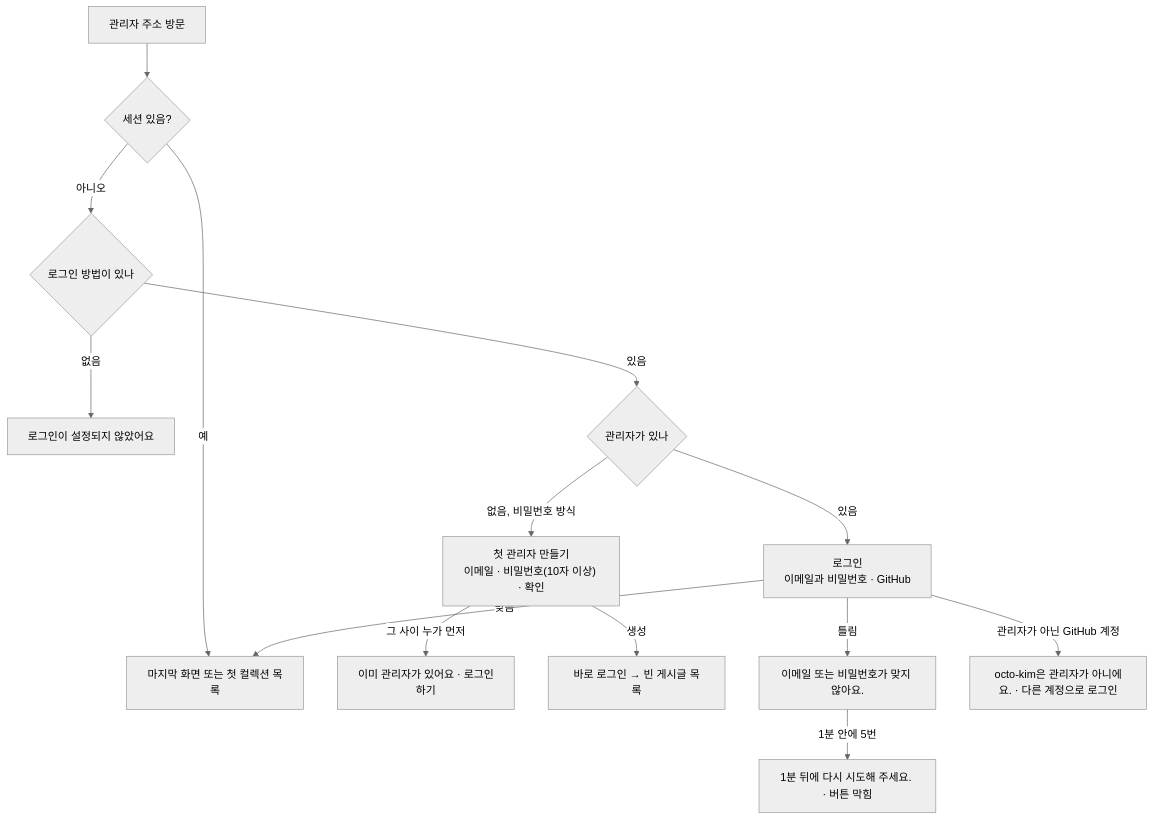
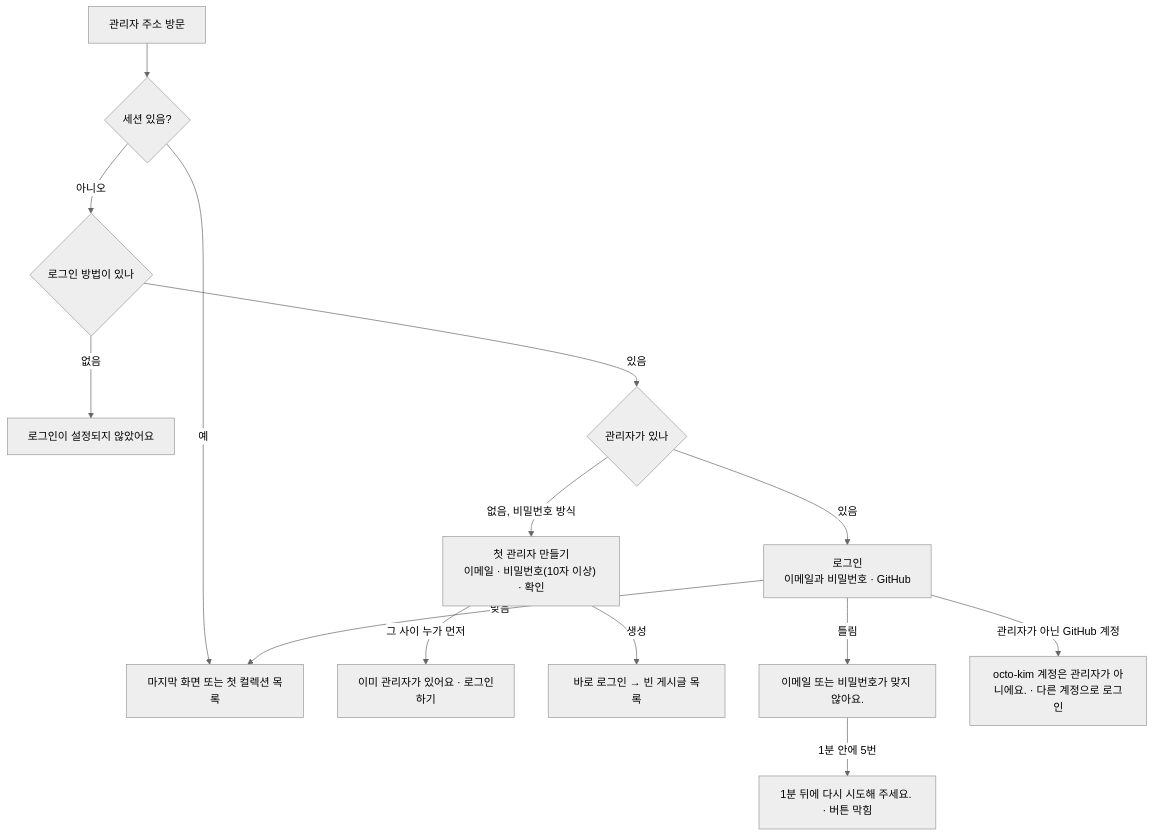
Before and after one commit to monti-cms/monti: the first of 2 diagrams in docs/design/features/15-login-and-frame.md, drawn with Mermaid (neutral theme). The commit also changed other lines of this file and 30 other files, not shown here.

````diff
--- a/docs/design/features/15-login-and-frame.md
+++ b/docs/design/features/15-login-and-frame.md
@@ -24,16 +24,16 @@
 ```mermaid
 flowchart TD
   V["관리자 주소 방문"] --> S{"세션 있음?"}
   S -->|예| IN["마지막 화면 또는 첫 컬렉션 목록"]
   S -->|아니오| M{"로그인 방법이 있나"}
   M -->|없음| NONE["로그인이 설정되지 않았어요"]
   M -->|있음| A{"관리자가 있나"}
   A -->|없음, 비밀번호 방식| FIRST["첫 관리자 만들기<br/>이메일 · 비밀번호(10자 이상) · 확인"]
   FIRST -->|그 사이 누가 먼저| CLOSED["이미 관리자가 있어요 · 로그인하기"]
   FIRST -->|생성| EMPTY["바로 로그인 → 빈 게시글 목록"]
   A -->|있음| L["로그인<br/>이메일과 비밀번호 · GitHub"]
   L -->|틀림| WRONG["이메일 또는 비밀번호가 맞지 않아요."]
   WRONG -->|1분 안에 5번| LOCK["1분 뒤에 다시 시도해 주세요. · 버튼 막힘"]
-  L -->|관리자가 아닌 GitHub 계정| DENY["octo-kim은 관리자가 아니에요. · 다른 계정으로 로그인"]
+  L -->|관리자가 아닌 GitHub 계정| DENY["octo-kim 계정은 관리자가 아니에요. · 다른 계정으로 로그인"]
   L -->|맞음| IN
 ```
````
